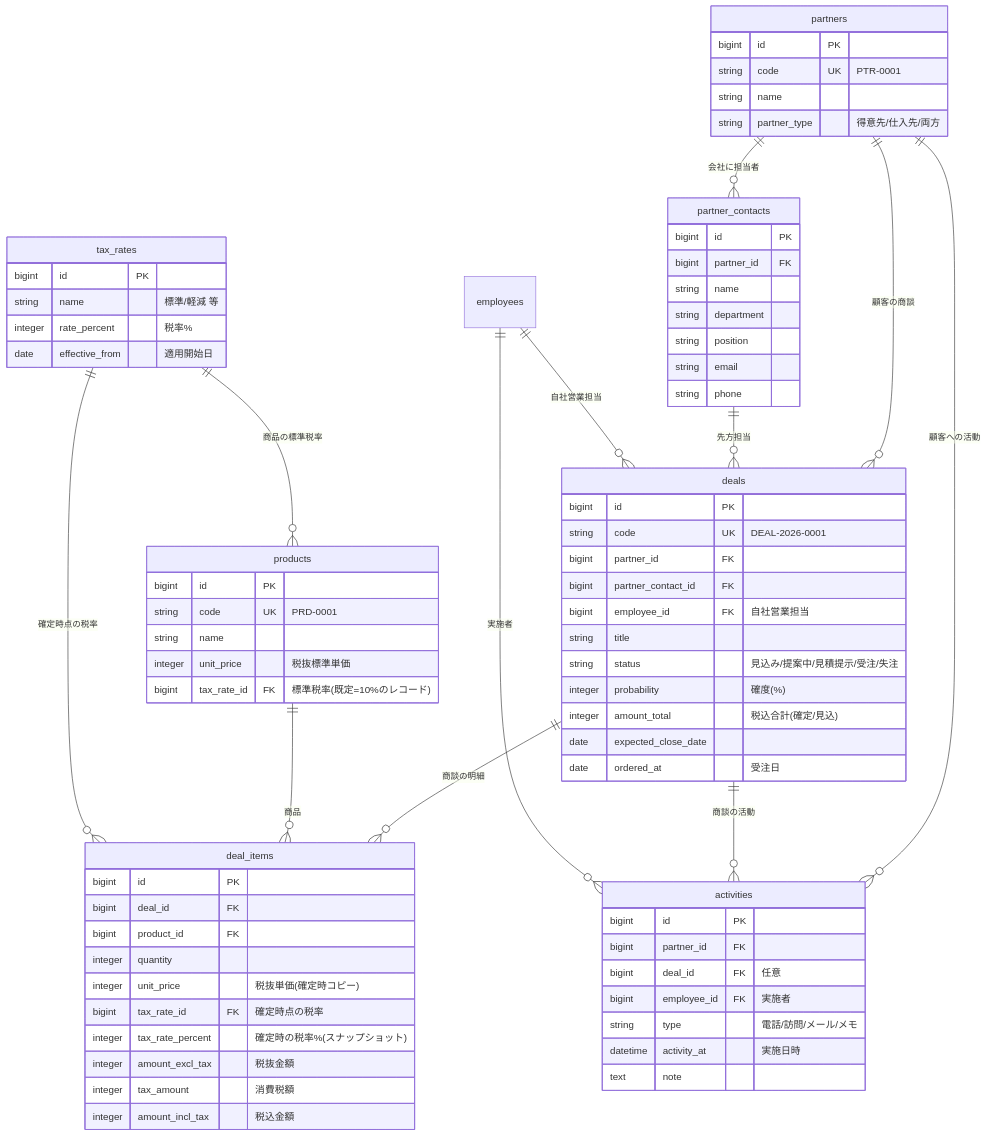
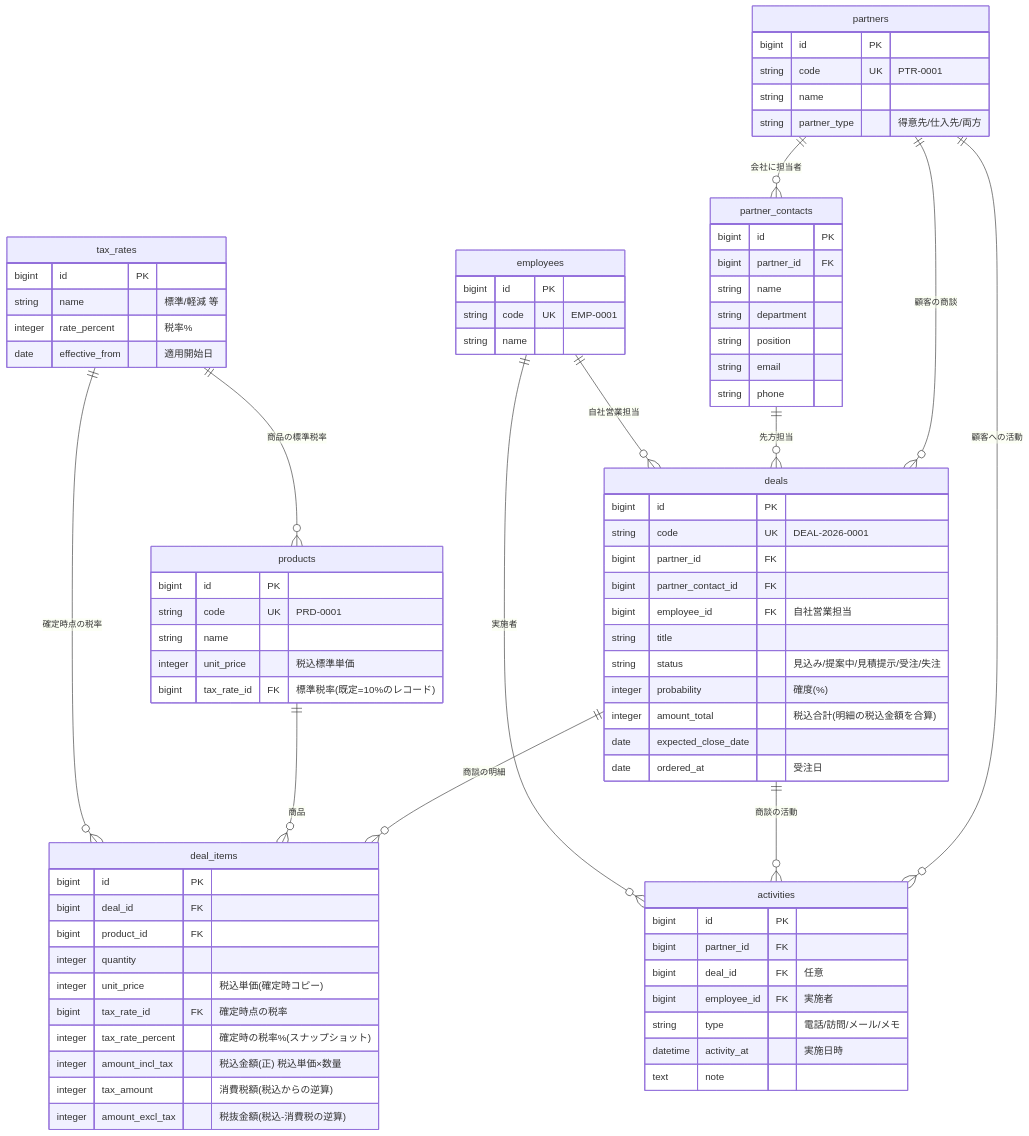
Before and after one commit to koutadev/crm-sales: the diagram in docs/basic-design.md, drawn with Mermaid. The commit also changed other lines of this file, not shown here.

````diff
--- a/docs/basic-design.md
+++ b/docs/basic-design.md
@@ -50,77 +50,82 @@
 ```mermaid
 erDiagram
     partners ||--o{ partner_contacts : "会社に担当者"
     partners ||--o{ deals : "顧客の商談"
     partner_contacts ||--o{ deals : "先方担当"
     employees ||--o{ deals : "自社営業担当"
     deals ||--o{ deal_items : "商談の明細"
     products ||--o{ deal_items : "商品"
     tax_rates ||--o{ products : "商品の標準税率"
     tax_rates ||--o{ deal_items : "確定時点の税率"
     partners ||--o{ activities : "顧客への活動"
     deals ||--o{ activities : "商談の活動"
     employees ||--o{ activities : "実施者"
 
     partners {
         bigint id PK
         string code UK "PTR-0001"
         string name
         string partner_type "得意先/仕入先/両方"
     }
     partner_contacts {
         bigint id PK
         bigint partner_id FK
         string name
         string department
         string position
         string email
         string phone
     }
+    employees {
+        bigint id PK
+        string code UK "EMP-0001"
+        string name
+    }
     deals {
         bigint id PK
         string code UK "DEAL-2026-0001"
         bigint partner_id FK
         bigint partner_contact_id FK
         bigint employee_id FK "自社営業担当"
         string title
         string status "見込み/提案中/見積提示/受注/失注"
         integer probability "確度(%)"
-        integer amount_total "税込合計(確定/見込)"
+        integer amount_total "税込合計(明細の税込金額を合算)"
         date expected_close_date
         date ordered_at "受注日"
     }
     deal_items {
         bigint id PK
         bigint deal_id FK
         bigint product_id FK
         integer quantity
-        integer unit_price "税抜単価(確定時コピー)"
+        integer unit_price "税込単価(確定時コピー)"
         bigint tax_rate_id FK "確定時点の税率"
         integer tax_rate_percent "確定時の税率%(スナップショット)"
-        integer amount_excl_tax "税抜金額"
-        integer tax_amount "消費税額"
-        integer amount_incl_tax "税込金額"
+        integer amount_incl_tax "税込金額(正) 税込単価×数量"
+        integer tax_amount "消費税額(税込からの逆算)"
+        integer amount_excl_tax "税抜金額(税込-消費税の逆算)"
     }
     products {
         bigint id PK
         string code UK "PRD-0001"
         string name
-        integer unit_price "税抜標準単価"
+        integer unit_price "税込標準単価"
         bigint tax_rate_id FK "標準税率(既定=10%のレコード)"
     }
     tax_rates {
         bigint id PK
         string name "標準/軽減 等"
         integer rate_percent "税率%"
         date effective_from "適用開始日"
     }
     activities {
         bigint id PK
         bigint partner_id FK
         bigint deal_id FK "任意"
         bigint employee_id FK "実施者"
         string type "電話/訪問/メール/メモ"
         datetime activity_at "実施日時"
         text note
     }
 ```
````
